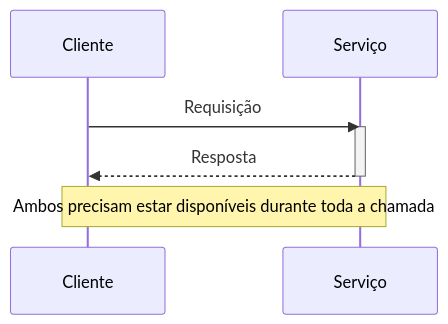
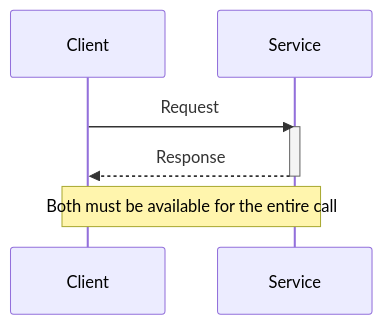
The diagram in docs/architecture/microservices/communication-styles/remote-procedure-invocation.md (alancesar/design-patterns), drawn with Mermaid before and after one commit. The commit also changed 258 other files, not shown here.

First line of the commit message:
Translate Mermaid diagrams to English

````diff
--- a/docs/architecture/microservices/communication-styles/remote-procedure-invocation.md
+++ b/docs/architecture/microservices/communication-styles/remote-procedure-invocation.md
@@ -61,10 +61,10 @@
 ```mermaid
 sequenceDiagram
-    participant C as Cliente
-    participant S as Serviço
-    C->>S: Requisição
+    participant C as Client
+    participant S as Service
+    C->>S: Request
     activate S
-    S-->>C: Resposta
+    S-->>C: Response
     deactivate S
-    Note over C,S: Ambos precisam estar disponíveis durante toda a chamada
+    Note over C,S: Both must be available for the entire call
 ```
````
